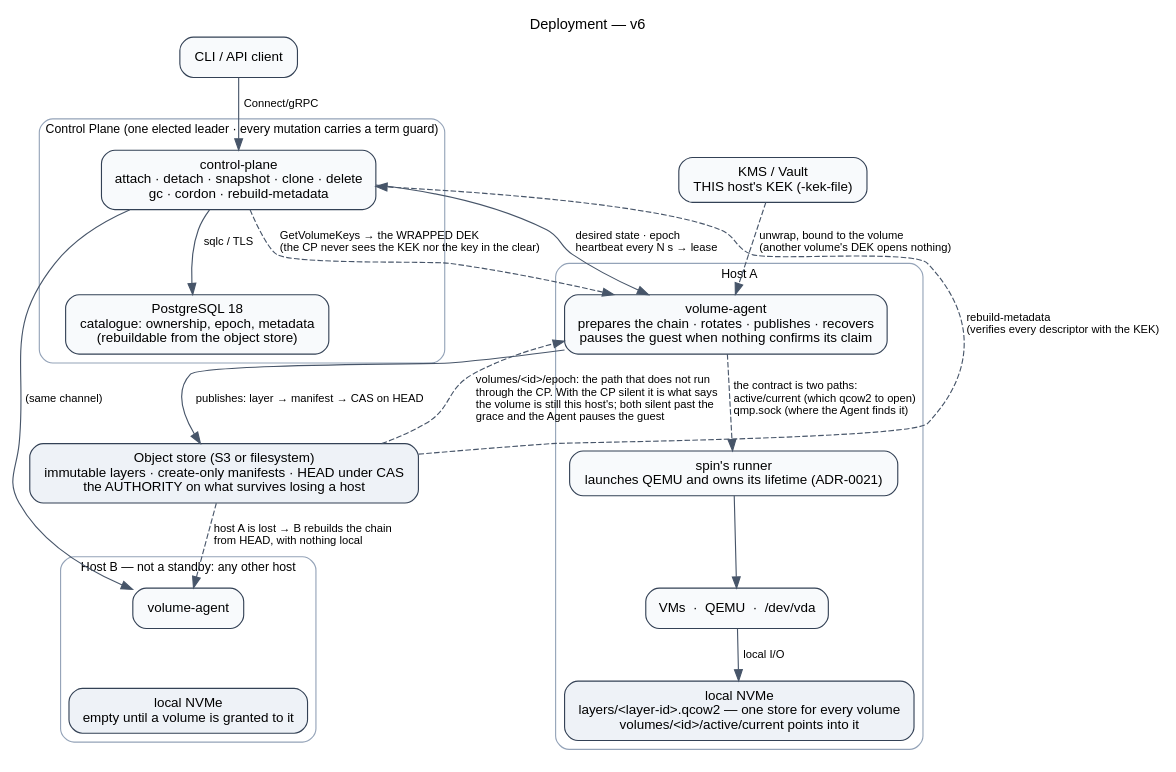
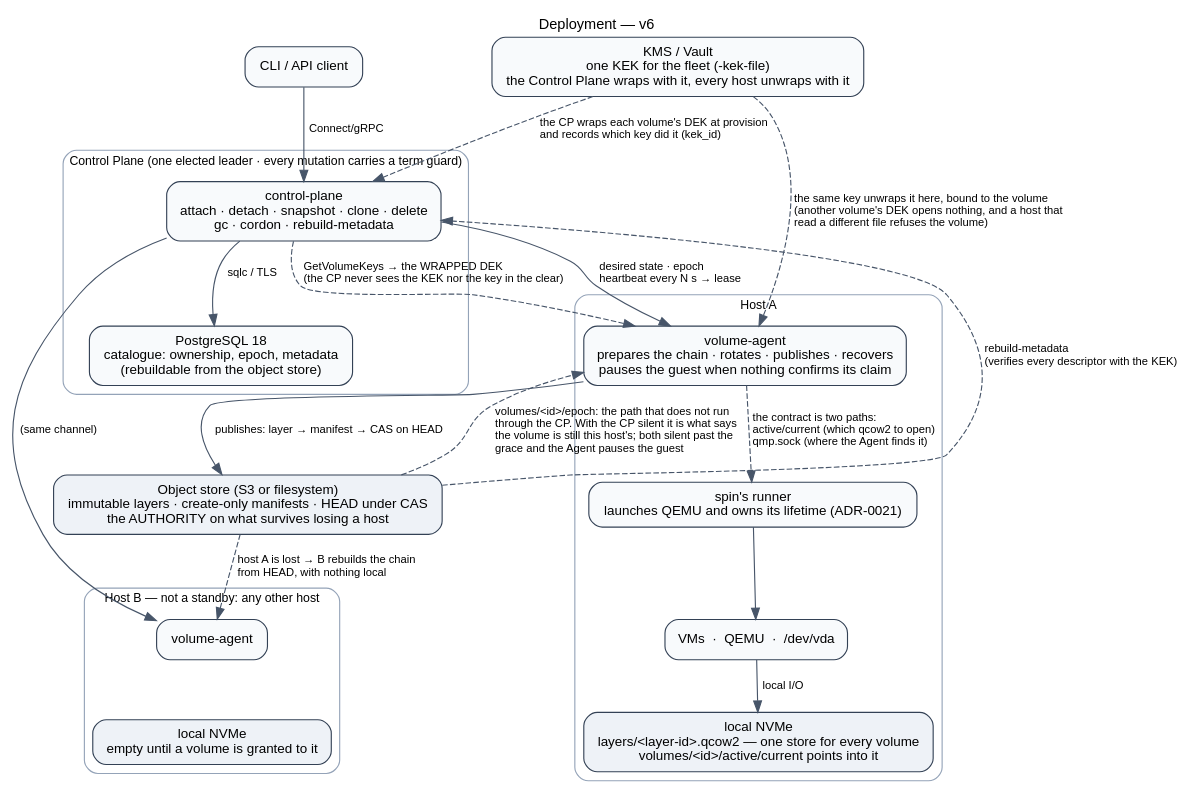
One commit to spin-stack/storage changed the diagram in deployment_v6.dot. Above: the diagram before and after it, drawn with Graphviz. The commit also changed 6 other files, not shown here.

```diff
--- a/deployment_v6.dot
+++ b/deployment_v6.dot
@@ -1,57 +1,58 @@
 // What process runs where, and what it promises whom. Source of deployment_v6.svg.
 //
 // Generated with `task diagrams`; the SVG is output and is never edited by hand.
 digraph G {
   rankdir=TB;
   bgcolor="white";
   labelloc="t";
   label="Deployment — v6";
   fontname="Arial"; fontsize=13;
   node [shape=box, style="rounded,filled", fillcolor="#f8fafc", color="#334155",
         fontname="Arial", fontsize=12, margin="0.18,0.10"];
   edge [color="#475569", fontname="Arial", fontsize=10];
 
   cli [label="CLI / API client"];
 
   subgraph cluster_cp {
     label="Control Plane (one elected leader · every mutation carries a term guard)";
     fontname="Arial"; fontsize=11; color="#94a3b8"; style=rounded;
     cp [label="control-plane\nattach · detach · snapshot · clone · delete\ngc · cordon · rebuild-metadata"];
     pg [label="PostgreSQL 18\ncatalogue: ownership, epoch, metadata\n(rebuildable from the object store)"];
     cp -> pg [label="  sqlc / TLS"];
   }
 
   subgraph cluster_a {
     label="Host A";
     fontname="Arial"; fontsize=11; color="#94a3b8"; style=rounded;
     agentA  [label="volume-agent\nprepares the chain · rotates · publishes · recovers\npauses the guest when nothing confirms its claim"];
     runnerA [label="spin's runner\nlaunches QEMU and owns its lifetime (ADR-0021)"];
     vmA     [label="VMs  ·  QEMU  ·  /dev/vda"];
     diskA   [label="local NVMe\nlayers/<layer-id>.qcow2 — one store for every volume\nvolumes/<id>/active/current points into it", fillcolor="#eef2f7"];
     runnerA -> vmA;
     vmA -> diskA [label="  local I/O"];
   }
 
   subgraph cluster_b {
     label="Host B — not a standby: any other host";
     fontname="Arial"; fontsize=11; color="#94a3b8"; style=rounded;
     agentB [label="volume-agent"];
     diskB  [label="local NVMe\nempty until a volume is granted to it", fillcolor="#eef2f7"];
     agentB -> diskB [style=invis];
   }
 
   s3  [label="Object store (S3 or filesystem)\nimmutable layers · create-only manifests · HEAD under CAS\nthe AUTHORITY on what survives losing a host", fillcolor="#eef2f7"];
-  kms [label="KMS / Vault\nTHIS host's KEK (-kek-file)"];
+  kms [label="KMS / Vault\none KEK for the fleet (-kek-file)\nthe Control Plane wraps with it, every host unwraps with it"];
 
   cli -> cp [label="  Connect/gRPC"];
   cp  -> agentA [label="  desired state · epoch\l  heartbeat every N s → lease\l"];
   cp  -> agentB [label="  (same channel)"];
   cp  -> agentA [label="  GetVolumeKeys → the WRAPPED DEK\l  (the CP never sees the KEK nor the key in the clear)\l", style=dashed];
-  kms -> agentA [label="  unwrap, bound to the volume\l  (another volume's DEK opens nothing)\l", style=dashed];
+  kms -> cp [label="  the CP wraps each volume's DEK at provision\l  and records which key did it (kek_id)\l", style=dashed];
+  kms -> agentA [label="  the same key unwraps it here, bound to the volume\l  (another volume's DEK opens nothing, and a host that\l  read a different file refuses the volume)\l", style=dashed];
 
   agentA -> runnerA [label="  the contract is two paths:\l  active/current (which qcow2 to open)\l  qmp.sock (where the Agent finds it)\l", style=dashed];
   agentA -> s3 [label="  publishes: layer → manifest → CAS on HEAD"];
   s3 -> agentA [label="  volumes/<id>/epoch: the path that does not run\l  through the CP. With the CP silent it is what says\l  the volume is still this host's; both silent past the\l  grace and the Agent pauses the guest\l", style=dashed, constraint=false];
   s3 -> agentB [label="  host A is lost → B rebuilds the chain\l  from HEAD, with nothing local\l", style=dashed];
   s3 -> cp [label="  rebuild-metadata\l  (verifies every descriptor with the KEK)\l", style=dashed, constraint=false];
 }
```
